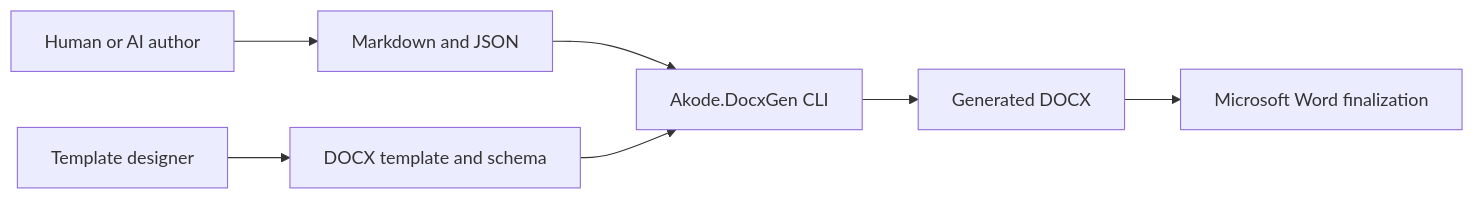
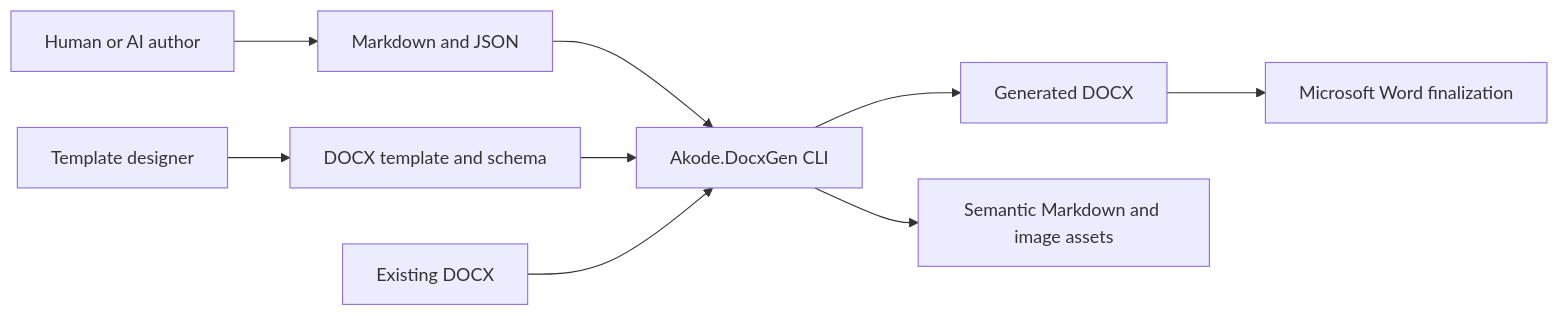
The first of 5 diagrams in docs/architecture.md (akode-dev/docxgen), drawn with Mermaid before and after one commit. The commit also changed other lines of this file and 32 other files, not shown here.

Commit message:
Add DOCX-to-Markdown extraction

````diff
--- a/docs/architecture.md
+++ b/docs/architecture.md
@@ -5,9 +5,11 @@
 ```mermaid
 flowchart LR
     Author["Human or AI author"] --> MD["Markdown and JSON"]
     Designer["Template designer"] --> T["DOCX template and schema"]
     MD --> CLI["Akode.DocxGen CLI"]
     T --> CLI
     CLI --> O["Generated DOCX"]
     O --> Word["Microsoft Word finalization"]
+    Existing["Existing DOCX"] --> CLI
+    CLI --> Extracted["Semantic Markdown and image assets"]
 ```
````
